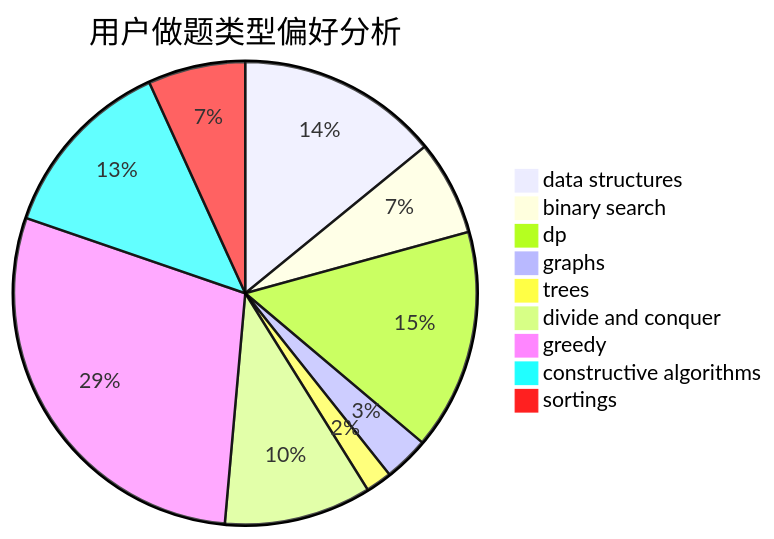
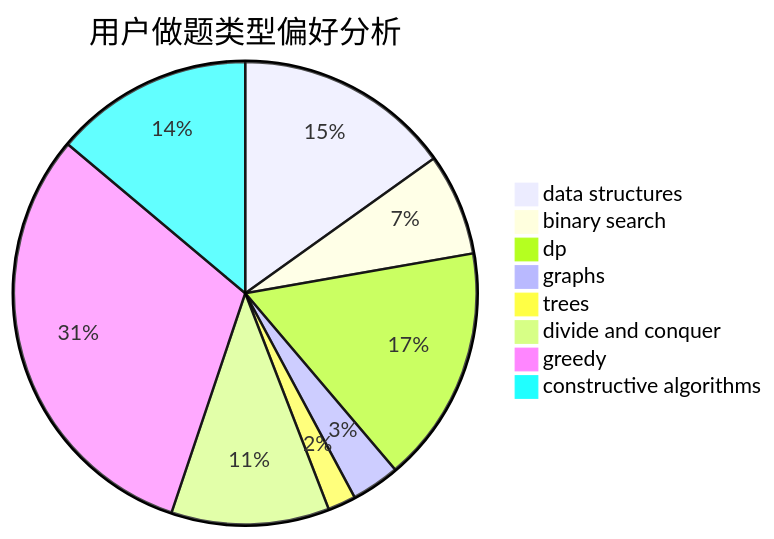
One commit to sherpahu/cfrs.github.io changed the second of 3 diagrams in docs/user/u1149.md. Above: the diagram before and after it, drawn with Mermaid. The commit also changed other lines of this file and 2769 other files, not shown here.

````diff
--- a/docs/user/u1149.md
+++ b/docs/user/u1149.md
@@ -18,12 +18,11 @@
 ```mermaid
 pie title 用户做题类型偏好分析
     "data structures" :  85
     "binary search" :  40
     "dp" :  93
     "graphs" :  19
     "trees" :  11
     "divide and conquer" :  62
     "greedy" :  174
     "constructive algorithms" :  78
-    "sortings" :  41
 ```
````
